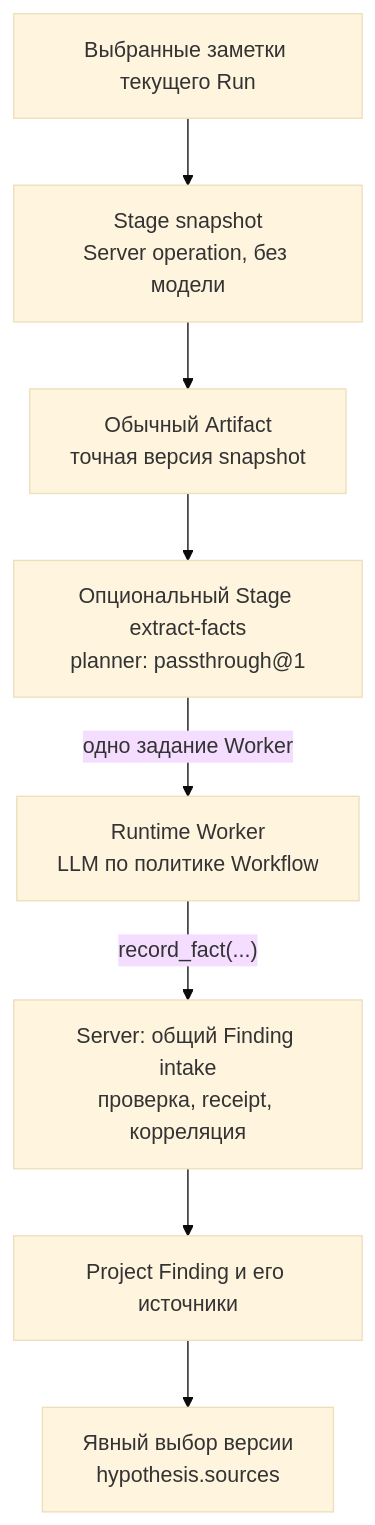
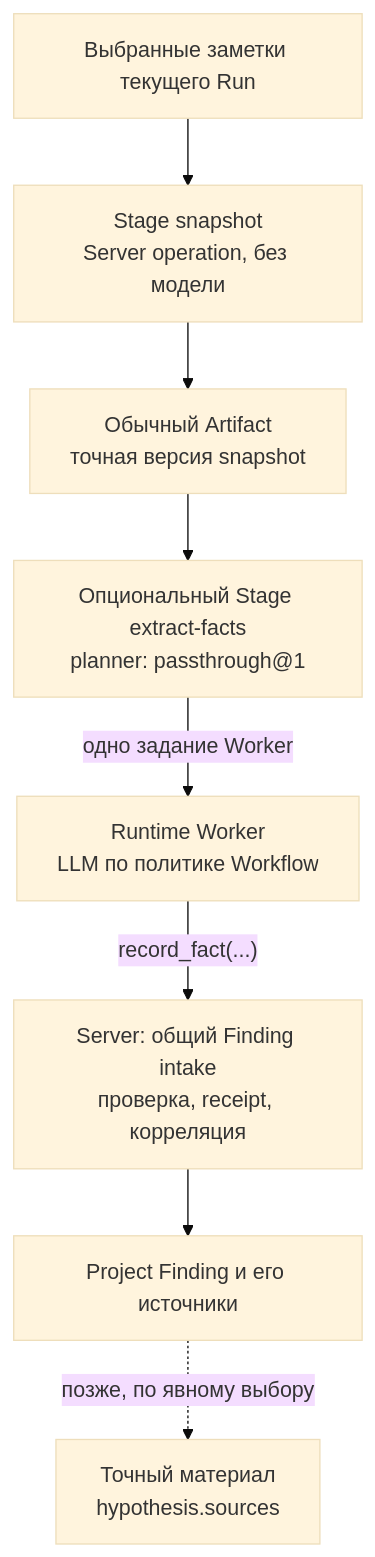
One commit to grauwolf32/contractor changed the third of 6 diagrams in docs/proposals/0055-project-facts-through-findings.md. Above: the diagram before and after it, drawn with Mermaid (base theme). The commit also changed other lines of this file and 8 other files, not shown here.

````diff
--- a/docs/proposals/0055-project-facts-through-findings.md
+++ b/docs/proposals/0055-project-facts-through-findings.md
@@ -107,10 +129,10 @@
 ```mermaid
 flowchart TD
     N["Выбранные заметки текущего Run"] --> S["Stage snapshot<br/>Server operation, без модели"]
     S --> A["Обычный Artifact<br/>точная версия snapshot"]
     A --> T["Опциональный Stage extract-facts<br/>planner: passthrough@1"]
     T -->|"одно задание Worker"| W["Runtime Worker<br/>LLM по политике Workflow"]
     W -->|"record_fact(...)"| F["Server: общий Finding intake<br/>проверка, receipt, корреляция"]
     F --> P["Project Finding и его источники"]
-    P --> H["Явный выбор версии<br/>hypothesis.sources"]
+    P -.->|"позже, по явному выбору"| H["Точный материал<br/>hypothesis.sources"]
 ```
````
